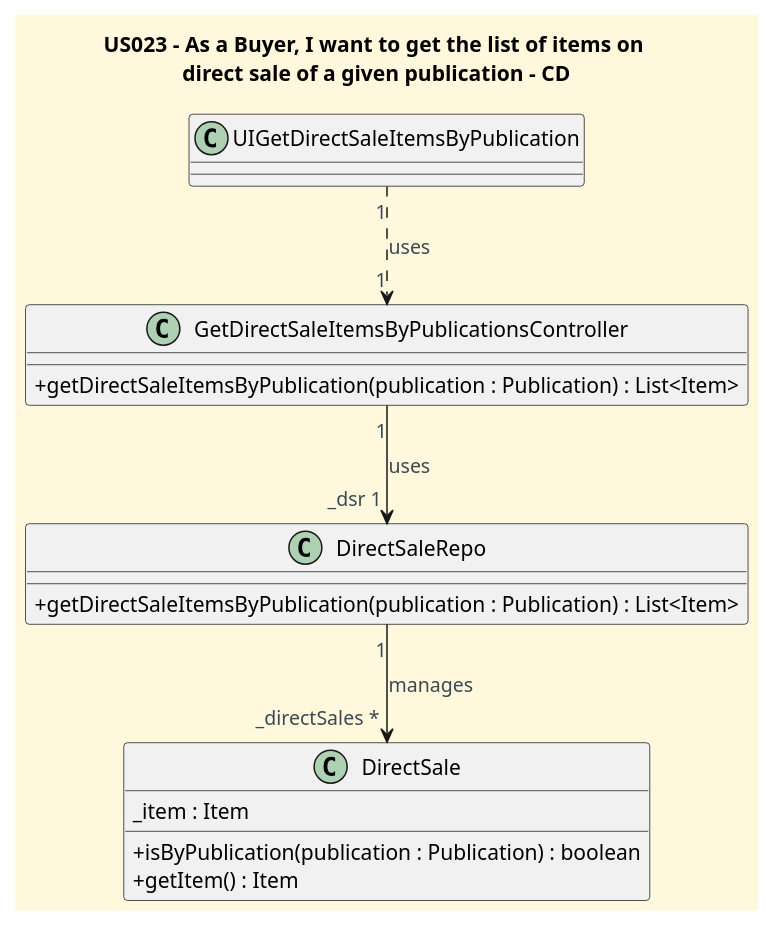
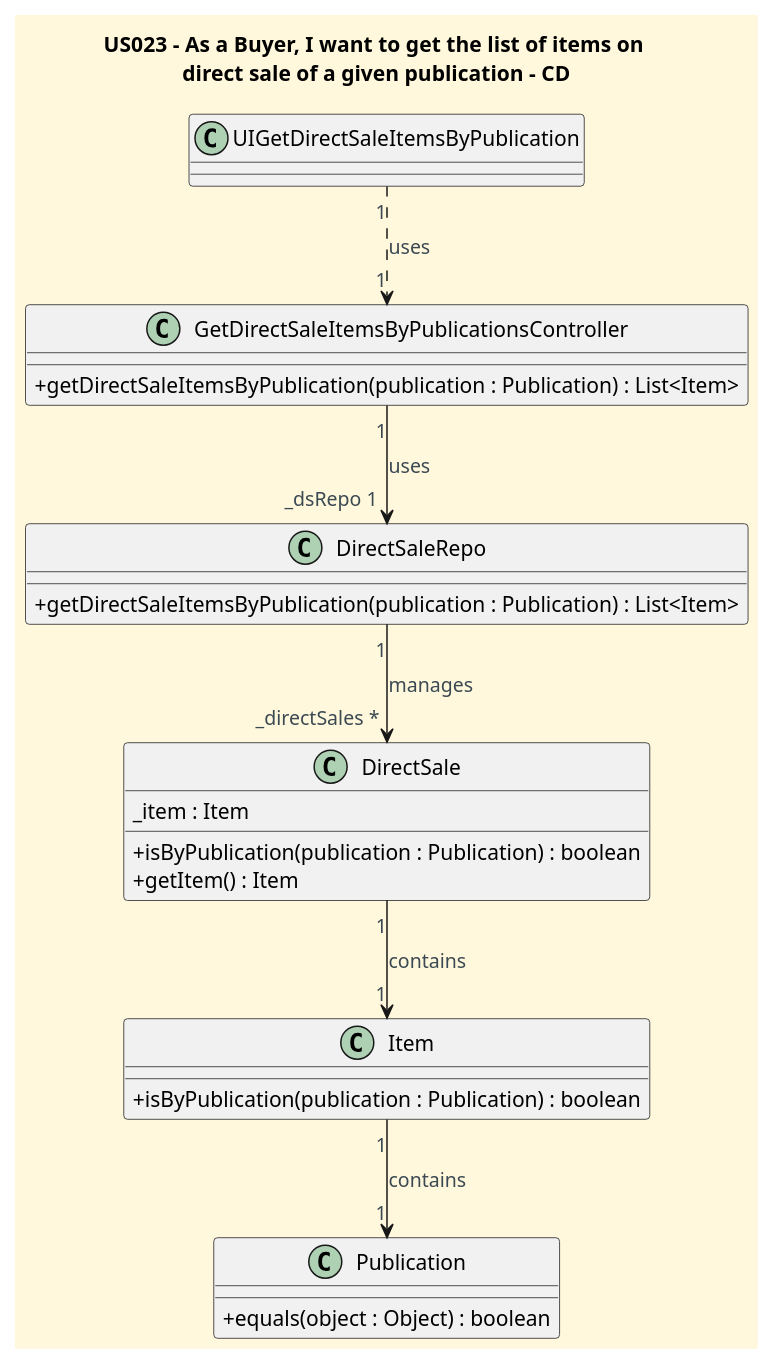
Before and after one commit to CarolinaLeite-collab/JavaMarketplacePlatform: the diagram in docs/userStories/US023/US023_get_list_items_directSale_given_publication_CD.puml, drawn with PlantUML.

Commit message:
docs: update US023 CD with Item and Publication classes, ref #306

```diff
--- a/docs/userStories/US023/US023_get_list_items_directSale_given_publication_CD.puml
+++ b/docs/userStories/US023/US023_get_list_items_directSale_given_publication_CD.puml
@@ -1,39 +1,50 @@
 @startuml
 title "US023 - As a Buyer, I want to get the list of items on \ndirect sale of a given publication - CD"
 
 
 '==== basic style ====
 skinparam monochrome false
 skinparam shadowing false
 skinparam defaultFontName Futura
 skinparam objectFontSize 20
 skinparam backgroundColor CornSilk
 skinparam objectBackgroundColor WhiteSmoke
 skinparam noteBackgroundColor #FFFFE0
 skinparam ArrowFontColor #3B4953
 skinparam ActivationBackgroundColor black
 skinparam classAttributeIconSize 0
 
 class UIGetDirectSaleItemsByPublication {
 
 }
 
 class GetDirectSaleItemsByPublicationsController {
     + getDirectSaleItemsByPublication(publication : Publication) : List<Item>
 }
 
 class DirectSaleRepo {
     + getDirectSaleItemsByPublication(publication : Publication) : List<Item>
 }
 
 class DirectSale {
 _item : Item
 + isByPublication(publication : Publication) : boolean
 + getItem() : Item
 }
 
+class Item {
++ isByPublication(publication : Publication) : boolean
+}
+
+class Publication {
++ equals(object : Object) : boolean
+}
+
 UIGetDirectSaleItemsByPublication "1" ..> "1" GetDirectSaleItemsByPublicationsController : uses
-GetDirectSaleItemsByPublicationsController "1" --> "_dsr 1" DirectSaleRepo : uses
+GetDirectSaleItemsByPublicationsController "1" --> "_dsRepo 1" DirectSaleRepo : uses
 DirectSaleRepo "1" --> "_directSales *" DirectSale : manages
+DirectSale "1" --> "1" Item : contains
+Item "1" --> "1" Publication : contains
+
 
 @enduml
```
